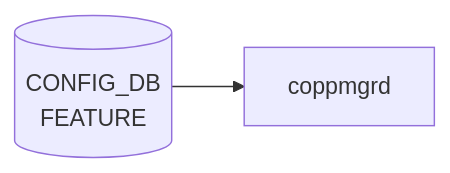
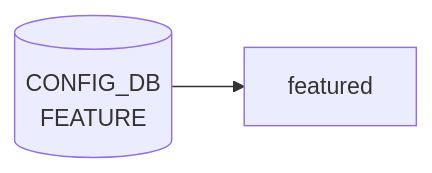
One commit to aoki-taquan/sonic-unofficial-docs changed the diagram in docs/reference/config-db/feature.md. Above: the diagram before and after it, drawn with Mermaid. The commit also changed 25 other files, not shown here.

````diff
--- a/docs/reference/config-db/feature.md
+++ b/docs/reference/config-db/feature.md
@@ -29,6 +29,6 @@
 ```mermaid
 flowchart LR
   CDB[("CONFIG_DB<br/>FEATURE")]
-  DM["coppmgrd"]
+  DM["featured"]
   CDB --> DM
 ```
````
